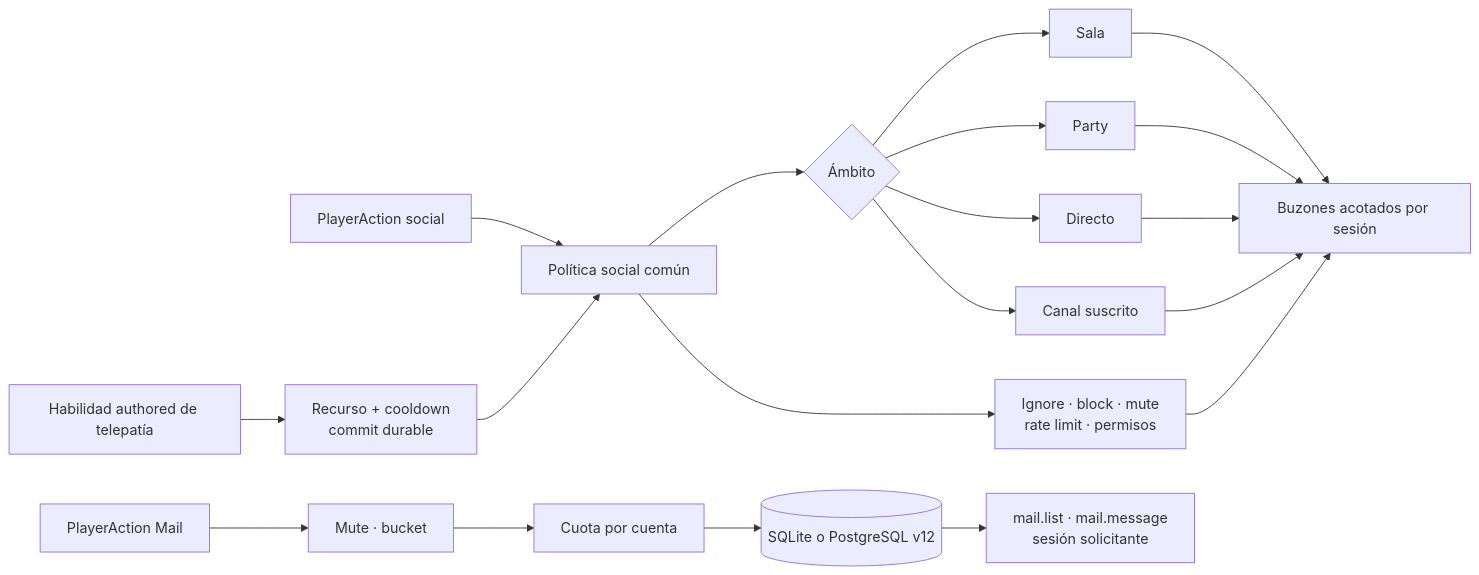
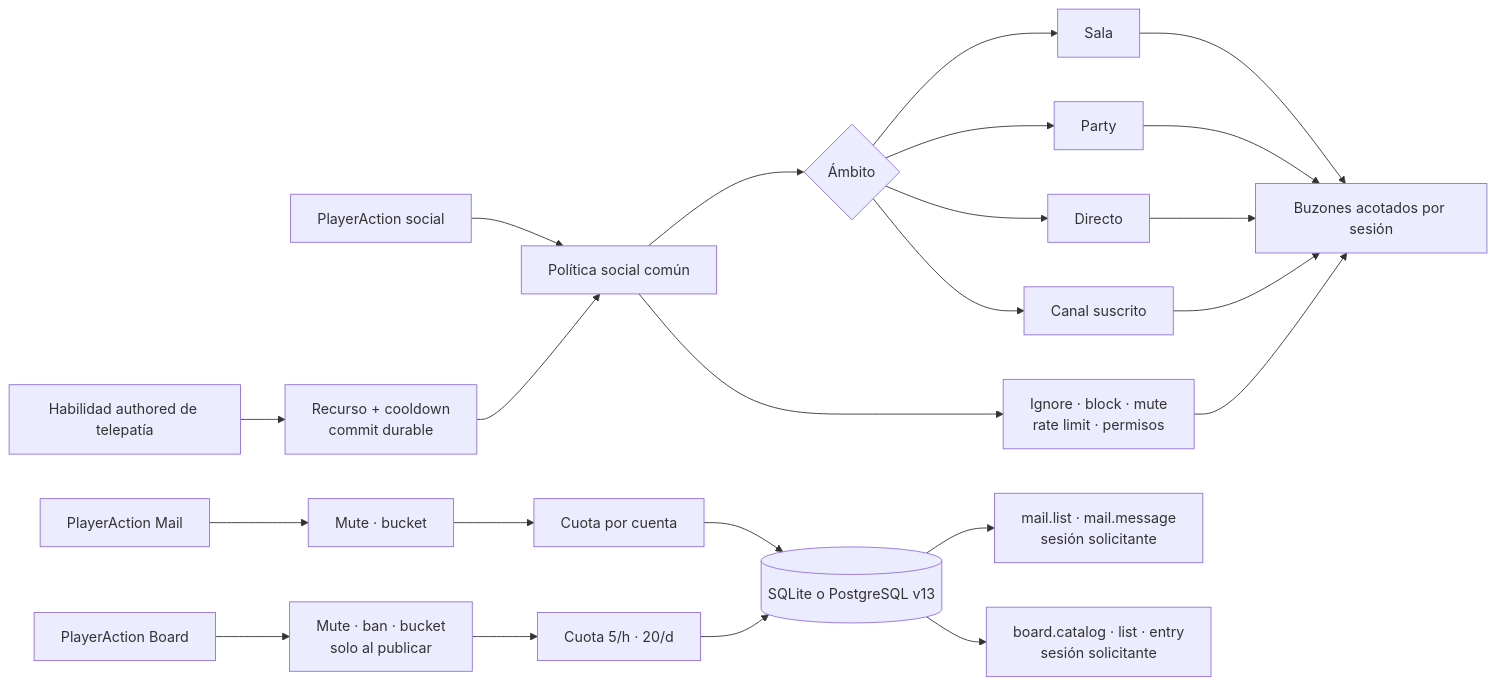
The first of 3 diagrams in docs/design/social-staff-and-loot-roadmap.md (hyukudan/tiamud), drawn with Mermaid before and after one commit. The commit also changed other lines of this file and 36 other files, not shown here.

````diff
--- a/docs/design/social-staff-and-loot-roadmap.md
+++ b/docs/design/social-staff-and-loot-roadmap.md
@@ -323,24 +329,28 @@
 ```mermaid
 flowchart LR
     accTitle: Enrutamiento actual de las comunicaciones de Tiamud
-    accDescr: Chat, emotes y telepatía entregan copias efímeras mediante una política común. El correo supera las guardas comunes y pasa a cuota, almacenamiento temporal y consulta privada separada.
+    accDescr: Chat, emotes y telepatía entregan copias efímeras mediante una política común. Correo y tablones superan guardas comunes, pero usan cuota, retención y consulta separadas: privada para correo y pública bajo demanda para tablones.
 
     Text[PlayerAction social] --> Policy[Política social común]
     Ability[Habilidad authored de telepatía] --> Effect[Recurso + cooldown<br/>commit durable]
     Effect --> Policy
     Policy --> Audience{Ámbito}
     Audience --> Room[Sala]
     Audience --> Party[Party]
     Audience --> Direct[Directo]
     Audience --> Channel[Canal suscrito]
     Policy --> Safety[Ignore · block · mute<br/>rate limit · permisos]
     Room --> Delivery[Buzones acotados por sesión]
     Party --> Delivery
     Direct --> Delivery
     Channel --> Delivery
     Safety --> Delivery
     Mail[PlayerAction Mail] --> Guard[Mute · bucket]
     Guard --> Quota[Cuota por cuenta]
-    Quota --> Store[(SQLite o PostgreSQL v12)]
+    Quota --> Store[(SQLite o PostgreSQL v13)]
     Store --> Private[mail.list · mail.message<br/>sesión solicitante]
+    Board[PlayerAction Board] --> BoardGuard[Mute · ban · bucket<br/>solo al publicar]
+    BoardGuard --> BoardQuota[Cuota 5/h · 20/d]
+    BoardQuota --> Store
+    Store --> Public[board.catalog · list · entry<br/>sesión solicitante]
 ```
````
